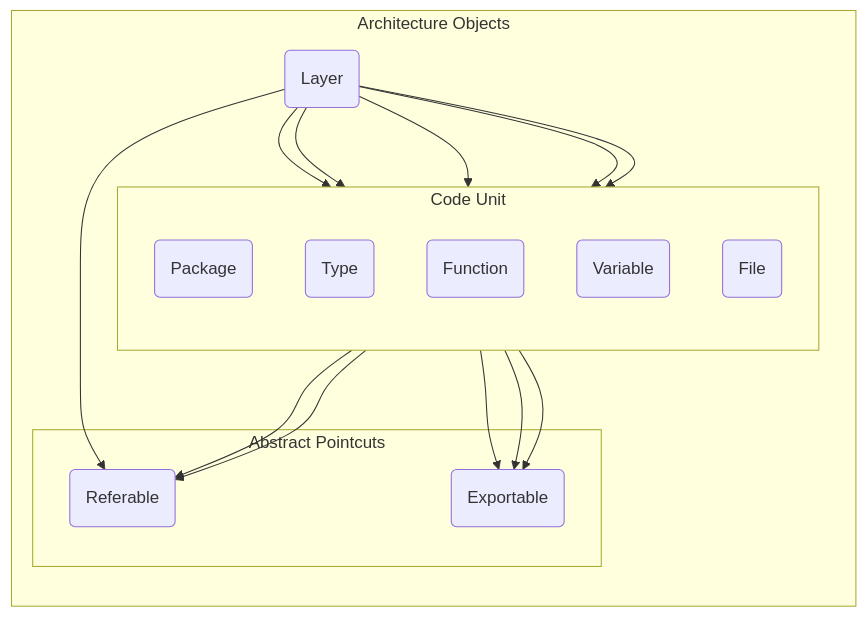
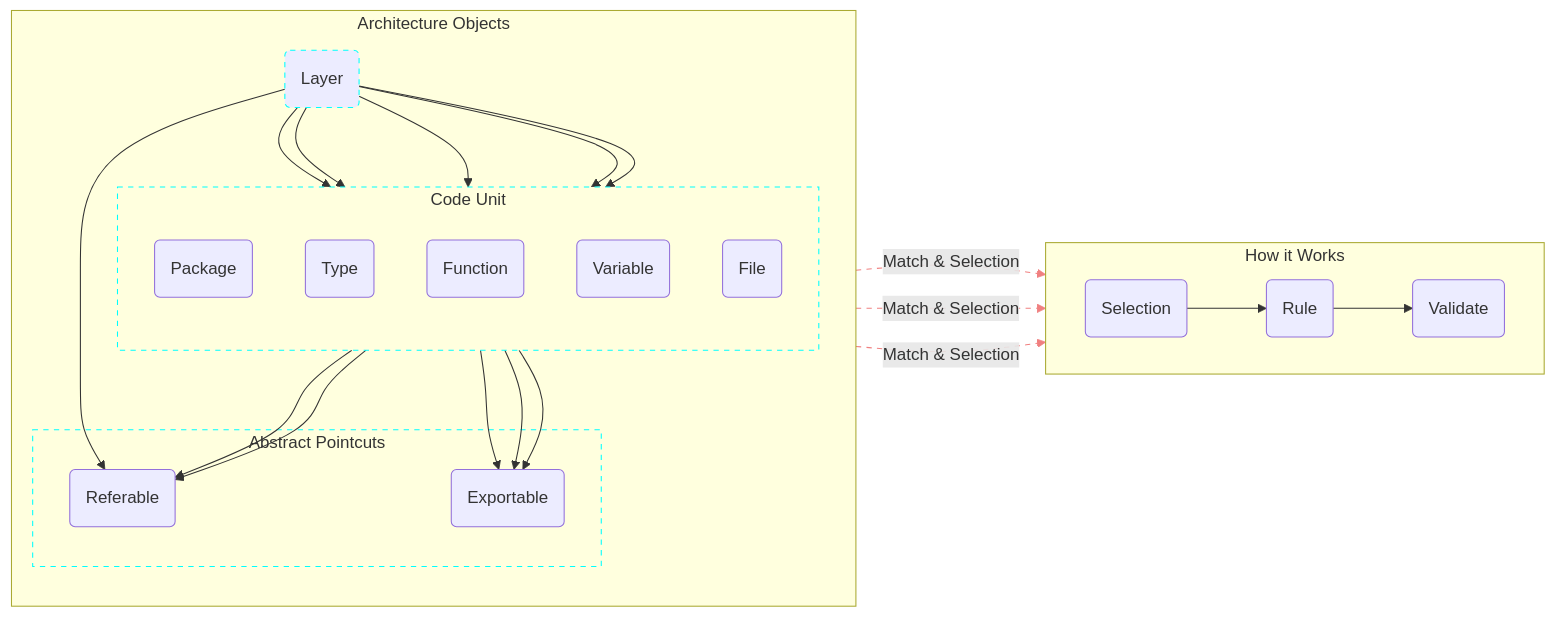
Before and after one commit to kcmvp/archunit: the diagram in README.md, drawn with Mermaid.

Commit message:
add architecture diagram

````diff
--- a/README.md
+++ b/README.md
@@ -69,31 +69,53 @@
 ```mermaid
 graph LR
     subgraph "Architecture Objects"
         direction TB
-%%        subgraph architecture_objects ["Architecture Objects"]
-            C(Layer);
+%%        subgraph "Architecture Objects"
+            A1(Layer);
             subgraph code_unit ["Code Unit"]
                 direction TB
-                C2(Package); 
-                C3(Type); 
-                C4(Function); 
-                C5(Variable); 
-                C6(File);
+                B1(Package);
+                B2(Type);
+                B3(Function);
+                B4(Variable);
+                B5(File);
             end
-            C --> C2(Package);
-            C --> C3(Type);
-            C --> C4(Function);
-            C --> C5(Variable);
-            C --> C6(File);
+            A1 --> B1;
+            A1 --> B2;
+            A1 --> B3;
+            A1 --> B4;
+            A1 --> B5;
 %%        end
 
         subgraph abstract_points ["Abstract Pointcuts"]
-            D1(Referable); 
+            D1(Referable);
             D2(Exportable);
         end
-        C --> D1; C2 --> D1; C3 --> D1;
-        C3 --> D2; C4 --> D2; C5 --> D2;
-%%        style D1 color:cyan
-%%        style D2 color:cyan
+
+        A1 --> D1;
+        B1 --> D1;
+        B2 --> D1;
+        B2 --> D2;
+        B3 --> D2;
+        B4 --> D2;
+        style code_unit stroke:cyan,stroke-dasharray: 5 5
+        style abstract_points stroke:cyan,stroke-dasharray: 5 5
+        style A1 stroke:cyan,stroke-dasharray: 5 5
     end
+
+    subgraph "How it Works"
+        direction LR
+        S1(Selection);
+        R1(Rule);
+        V1(Validate);
+        abstract_points -->|Match & Selection| S1;
+        code_unit -->|Match & Selection| S1;
+        A1 -->|Match & Selection| S1;
+        S1 --> R1;
+        R1 --> V1;
+    end
+
+    linkStyle 11 stroke:lightcoral,stroke-dasharray: 5 5
+    linkStyle 12 stroke:lightcoral,stroke-dasharray: 5 5
+    linkStyle 13 stroke:lightcoral,stroke-dasharray: 5 5
 ```
````
